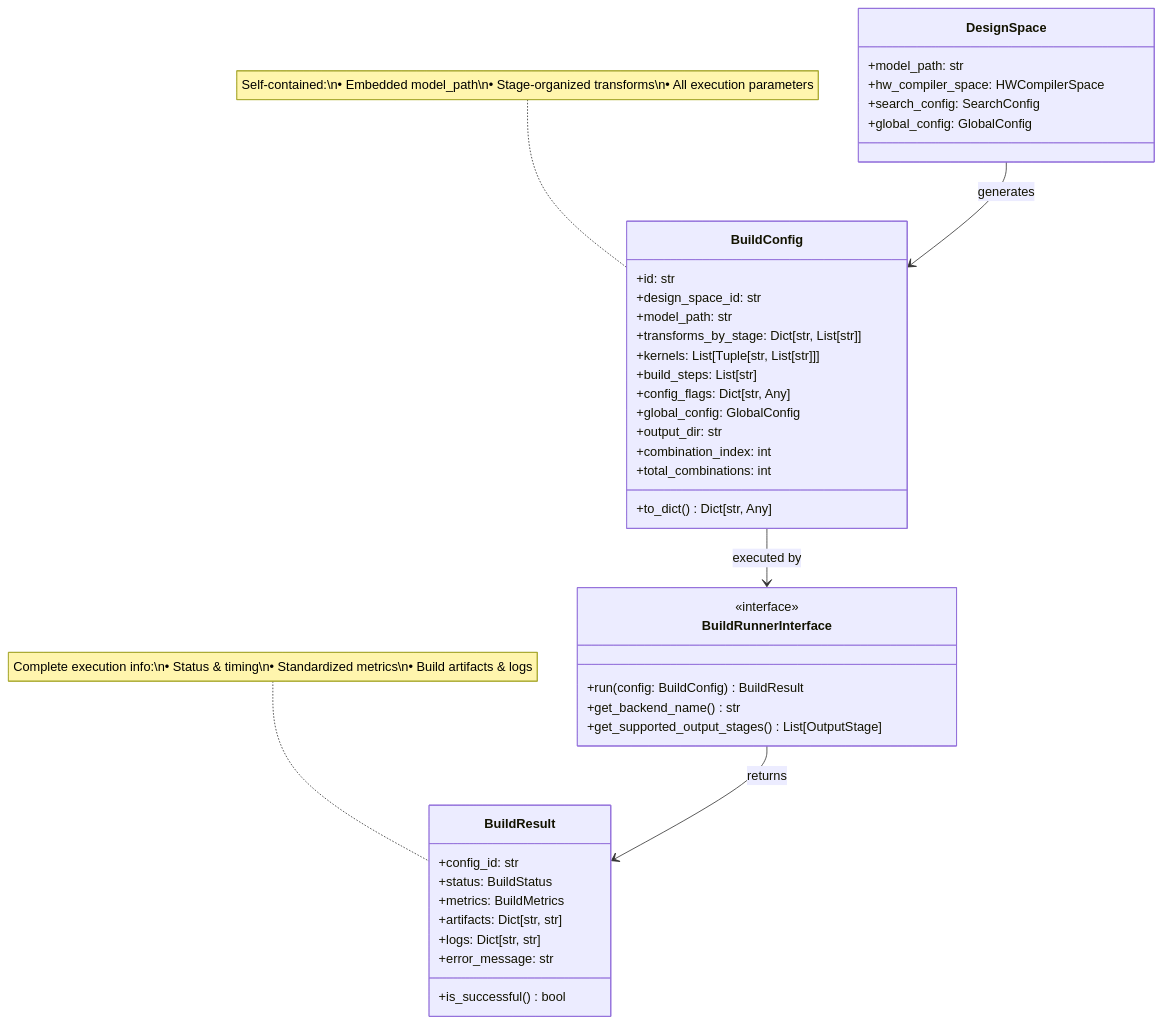
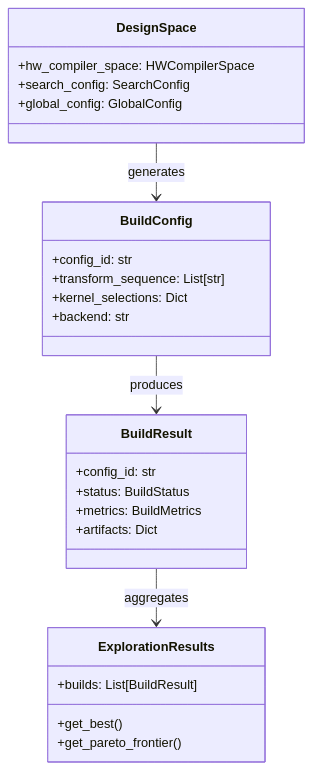
Before and after one commit to microsoft/Brainsmith: the fifth of 7 diagrams in brainsmith/core/ARCHITECTURE.md, drawn with Mermaid. The commit also changed other lines of this file and 11 other files, not shown here.

````diff
--- a/brainsmith/core/ARCHITECTURE.md
+++ b/brainsmith/core/ARCHITECTURE.md
@@ -346,48 +136,32 @@
 ```mermaid
 classDiagram
     class DesignSpace {
-        +model_path: str
         +hw_compiler_space: HWCompilerSpace
         +search_config: SearchConfig
         +global_config: GlobalConfig
     }
     
     class BuildConfig {
-        +id: str
-        +design_space_id: str
-        +model_path: str
-        +transforms_by_stage: Dict[str, List[str]]
-        +kernels: List[Tuple[str, List[str]]]
-        +build_steps: List[str]
-        +config_flags: Dict[str, Any]
-        +global_config: GlobalConfig
-        +output_dir: str
-        +combination_index: int
-        +total_combinations: int
-        +to_dict() Dict[str, Any]
-    }
-    
-    class BuildRunnerInterface {
-        <<interface>>
-        +run(config: BuildConfig) BuildResult
-        +get_backend_name() str
-        +get_supported_output_stages() List[OutputStage]
+        +config_id: str
+        +transform_sequence: List[str]
+        +kernel_selections: Dict
+        +backend: str
     }
     
     class BuildResult {
         +config_id: str
         +status: BuildStatus
         +metrics: BuildMetrics
-        +artifacts: Dict[str, str]
-        +logs: Dict[str, str]
-        +error_message: str
-        +is_successful() bool
+        +artifacts: Dict
+    }
+    
+    class ExplorationResults {
+        +builds: List[BuildResult]
+        +get_best()
+        +get_pareto_frontier()
     }
     
     DesignSpace --> BuildConfig : generates
-    BuildConfig --> BuildRunnerInterface : executed by
-    BuildRunnerInterface --> BuildResult : returns
-    
-    note for BuildConfig "Self-contained:\n• Embedded model_path\n• Stage-organized transforms\n• All execution parameters"
-    note for BuildResult "Complete execution info:\n• Status & timing\n• Standardized metrics\n• Build artifacts & logs"
+    BuildConfig --> BuildResult : produces
+    BuildResult --> ExplorationResults : aggregates
 ```
````
